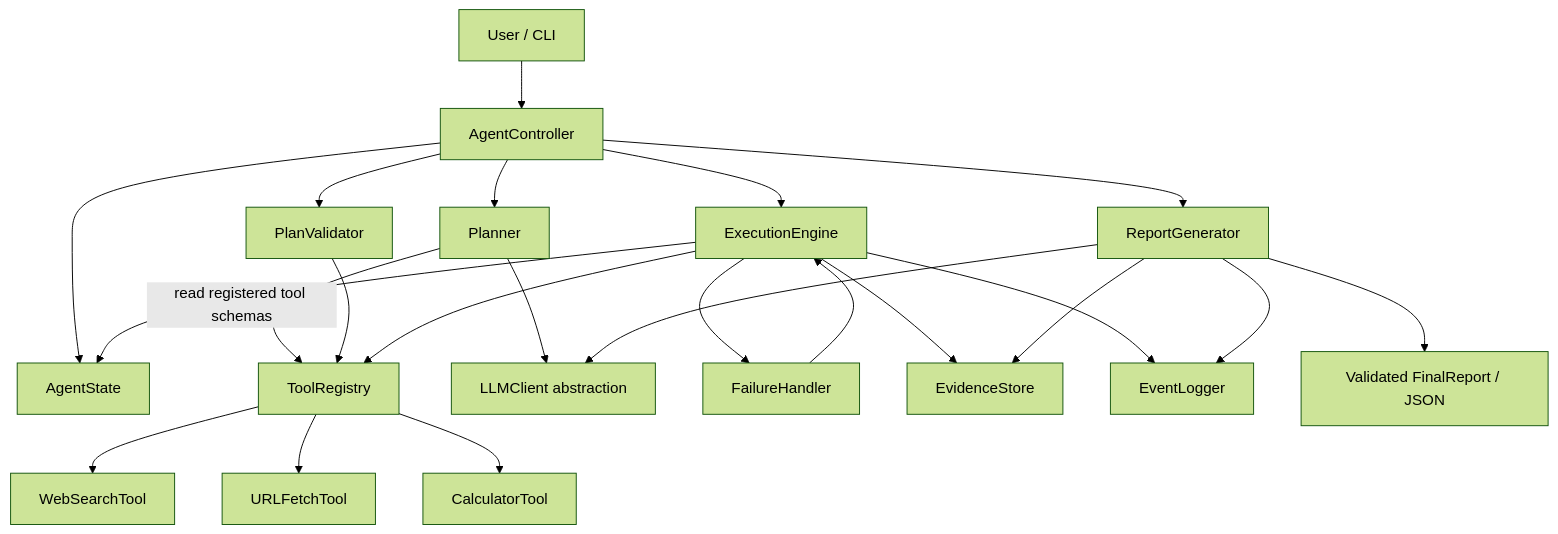
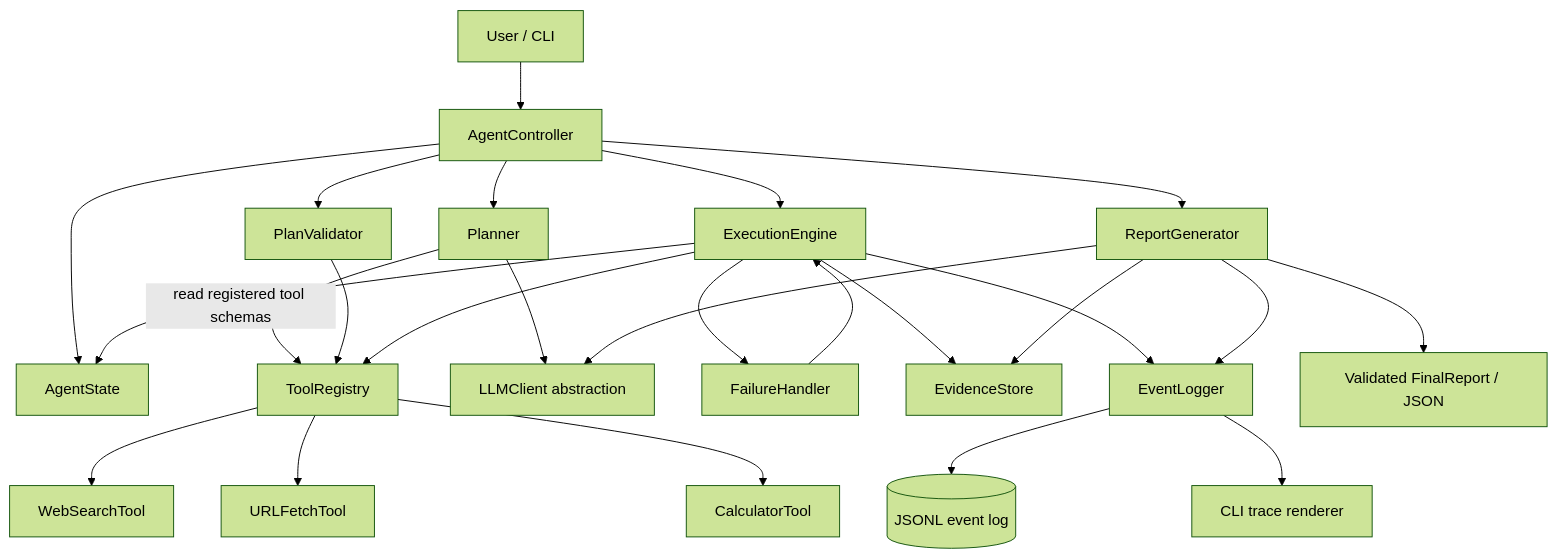
One commit to brajeshkumar7/agentic-GitHub-reviewer changed the first of 2 diagrams in ARCHITECTURE.md. Above: the diagram before and after it, drawn with Mermaid (forest theme). The commit also changed other lines of this file and 41 other files, not shown here.

````diff
--- a/ARCHITECTURE.md
+++ b/ARCHITECTURE.md
@@ -39,25 +53,27 @@
 ```mermaid
 flowchart TB
     User[User / CLI] --> Controller[AgentController]
     Controller --> State[AgentState]
     Controller --> Planner[Planner]
     Planner -->|read registered tool schemas| Registry[ToolRegistry]
     Planner --> LLM[LLMClient abstraction]
     Controller --> Validator[PlanValidator]
     Validator --> Registry[ToolRegistry]
     Controller --> Engine[ExecutionEngine]
     Engine --> State
     Engine --> Registry
     Registry --> Search[WebSearchTool]
     Registry --> Fetch[URLFetchTool]
     Registry --> Calc[CalculatorTool]
     Engine --> Handler[FailureHandler]
     Handler --> Engine
     Engine --> Evidence[EvidenceStore]
     Engine --> Events[EventLogger]
+    Events --> JSONL[(JSONL event log)]
+    Events --> Trace[CLI trace renderer]
     Controller --> Report[ReportGenerator]
     Report --> Evidence
     Report --> LLM
     Report --> Events
     Report --> Output[Validated FinalReport / JSON]
 ```
````
